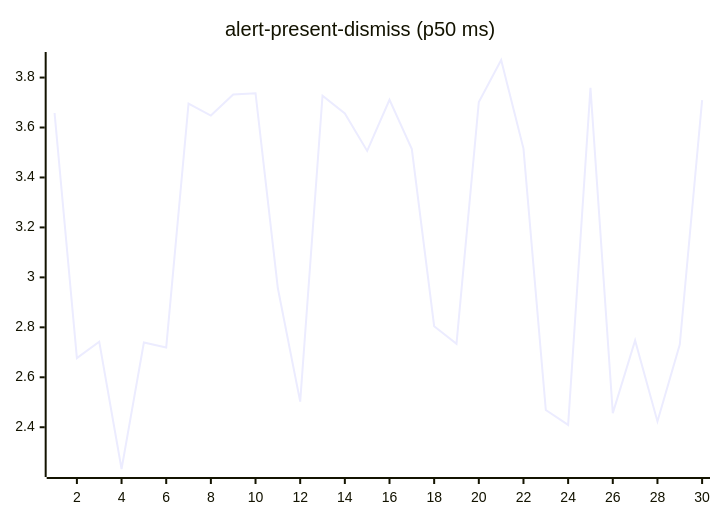
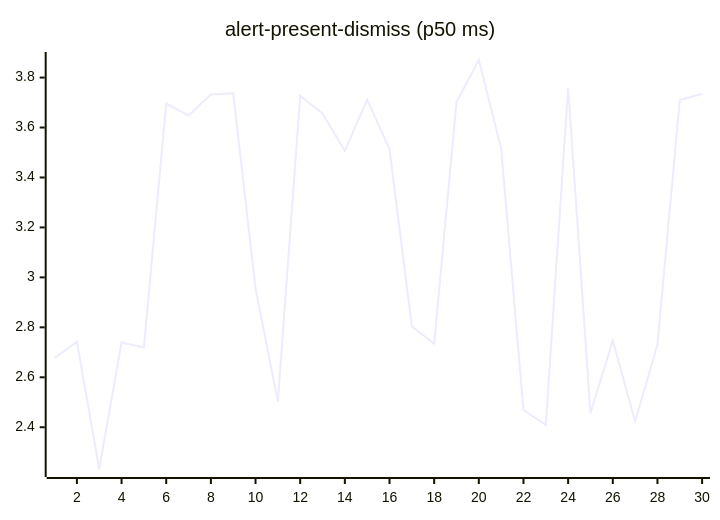
One commit to josha/Facet changed the second of 27 diagrams in README.md. Above: the diagram before and after it, drawn with Mermaid. The commit also changed other lines of this file and 2 other files, not shown here.

````diff
--- a/README.md
+++ b/README.md
@@ -70,6 +70,6 @@
 ```mermaid
 xychart-beta
     title "alert-present-dismiss (p50 ms)"
     x-axis 1 --> 30
-    line [3.6582, 2.6769, 2.7425, 2.2328, 2.7393, 2.7195, 3.6955, 3.6480, 3.7318, 3.7373, 2.9562, 2.5024, 3.7273, 3.6562, 3.5064, 3.7112, 3.5136, 2.8044, 2.7337, 3.7022, 3.8703, 3.5157, 2.4688, 2.4093, 3.7592, 2.4564, 2.7475, 2.4232, 2.7312, 3.7096]
+    line [2.6769, 2.7425, 2.2328, 2.7393, 2.7195, 3.6955, 3.6480, 3.7318, 3.7373, 2.9562, 2.5024, 3.7273, 3.6562, 3.5064, 3.7112, 3.5136, 2.8044, 2.7337, 3.7022, 3.8703, 3.5157, 2.4688, 2.4093, 3.7592, 2.4564, 2.7475, 2.4232, 2.7312, 3.7096, 3.7340]
 ```
````
